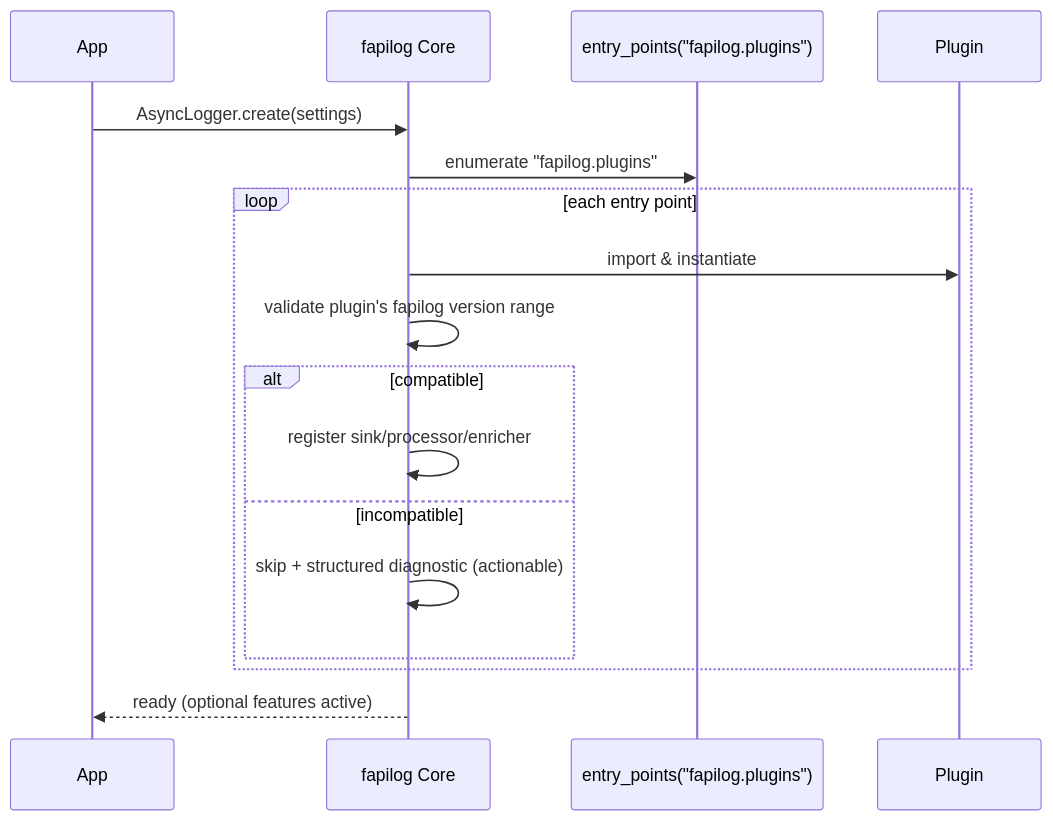
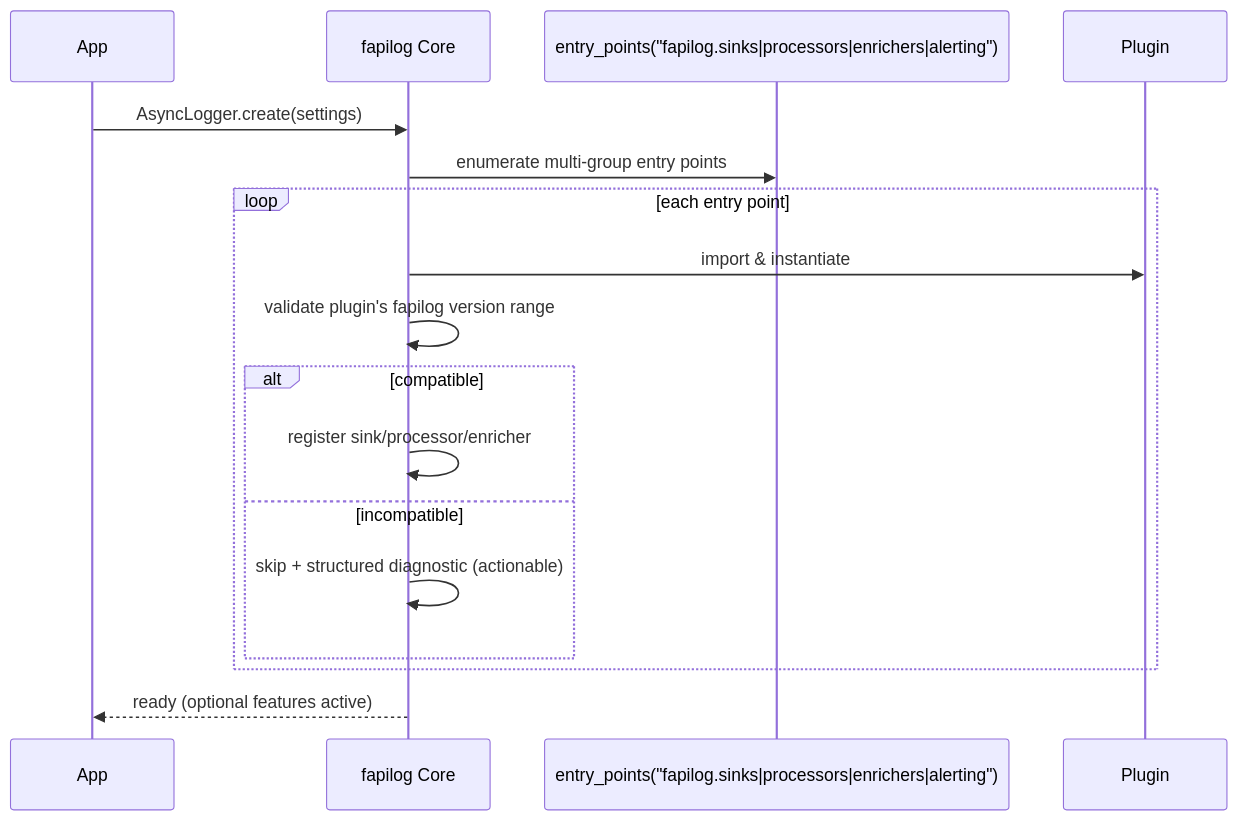
Before and after one commit to chris-haste/fapilog: the third of 3 diagrams in docs/architecture/high-level-architecture.md, drawn with Mermaid. The commit also changed other lines of this file and 12 other files, not shown here.

````diff
--- a/docs/architecture/high-level-architecture.md
+++ b/docs/architecture/high-level-architecture.md
@@ -101,20 +101,20 @@
 ```mermaid
 sequenceDiagram
   participant App
   participant Core as fapilog Core
-  participant EP as entry_points("fapilog.plugins")
+  participant EP as entry_points("fapilog.sinks|processors|enrichers|alerting")
   participant Plug as Plugin
 
   App->>Core: AsyncLogger.create(settings)
-  Core->>EP: enumerate "fapilog.plugins"
+  Core->>EP: enumerate multi-group entry points
   loop each entry point
     Core->>Plug: import & instantiate
     Core->>Core: validate plugin's fapilog version range
     alt compatible
       Core->>Core: register sink/processor/enricher
     else incompatible
       Core->>Core: skip + structured diagnostic (actionable)
     end
   end
   Core-->>App: ready (optional features active)
 ```
````
